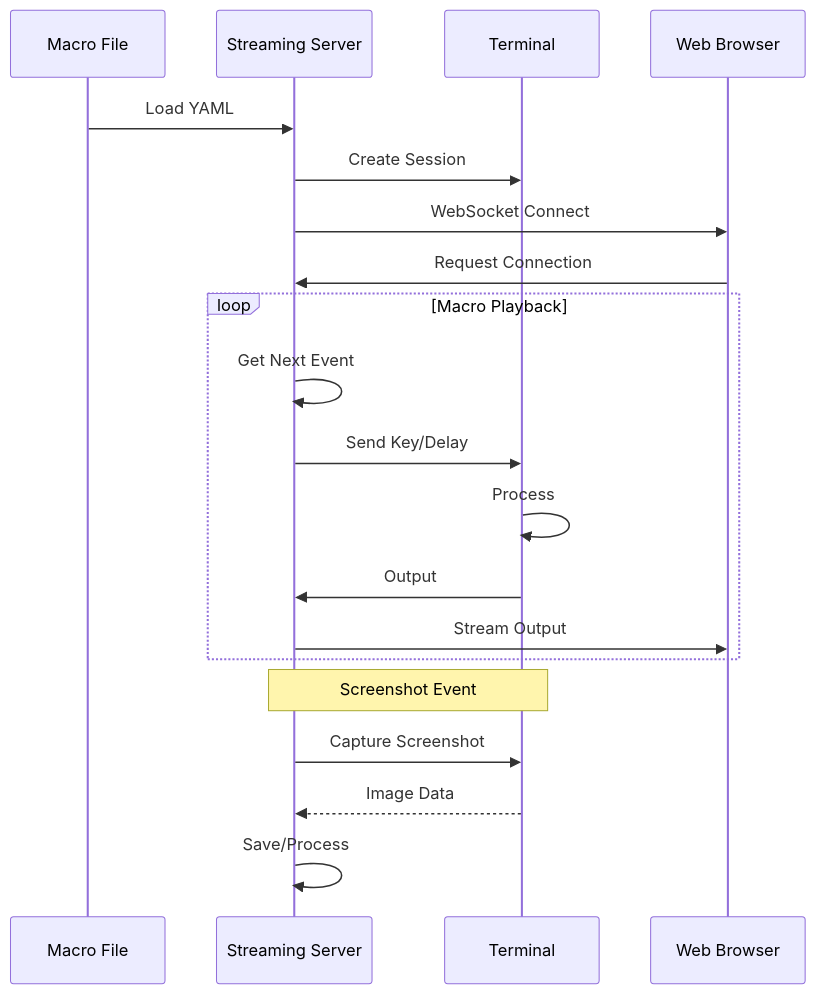
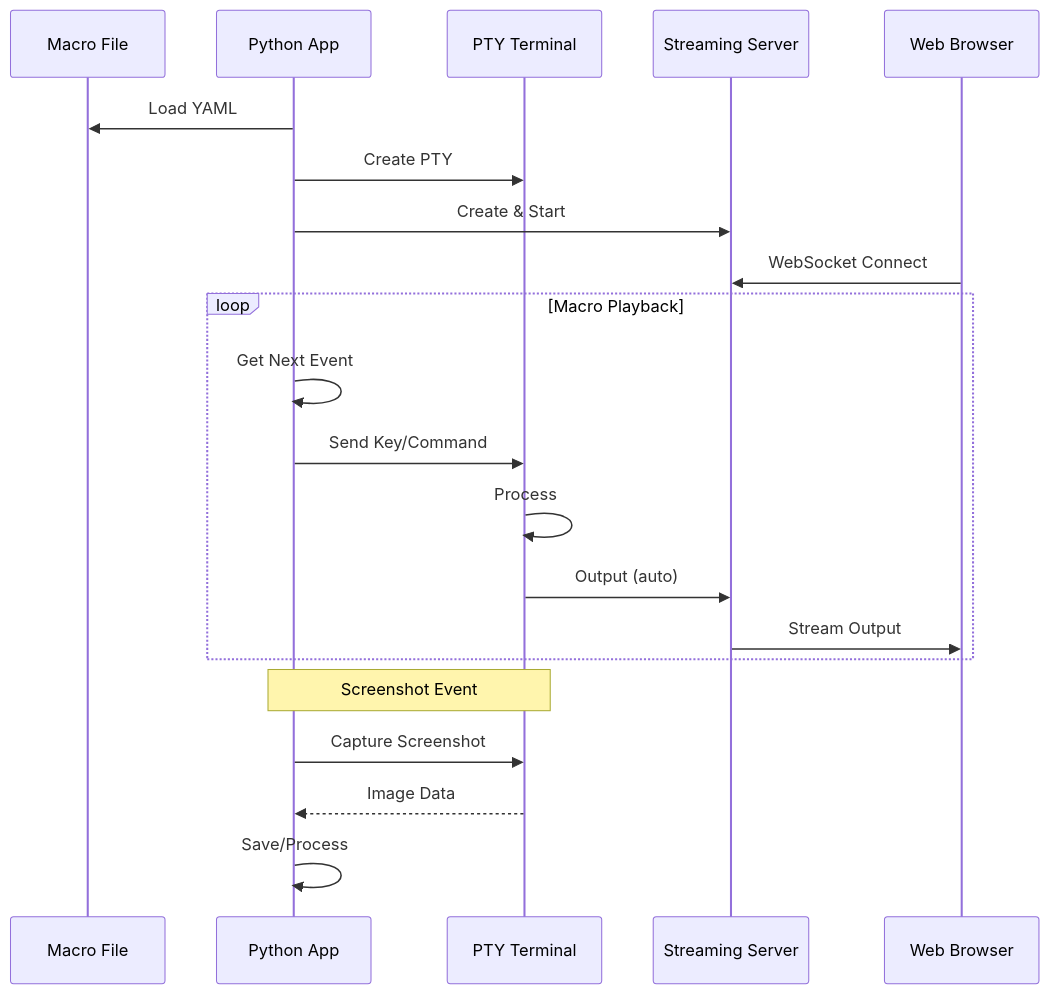
Before and after one commit to paulrobello/par-term-emu-core-rust: the third of 3 diagrams in docs/MACROS.md, drawn with Mermaid. The commit also changed other lines of this file and 75 other files, not shown here.

First line of the commit message:
feat(web): add mobile-responsive web terminal with auto-reconnect

````diff
--- a/docs/MACROS.md
+++ b/docs/MACROS.md
@@ -755,25 +783,26 @@
 ```mermaid
 sequenceDiagram
     participant Macro as Macro File
+    participant App as Python App
+    participant Terminal as PTY Terminal
     participant Server as Streaming Server
-    participant Terminal as Terminal
     participant Client as Web Browser
 
-    Macro->>Server: Load YAML
-    Server->>Terminal: Create Session
-    Server->>Client: WebSocket Connect
-    Client->>Server: Request Connection
+    App->>Macro: Load YAML
+    App->>Terminal: Create PTY
+    App->>Server: Create & Start
+    Client->>Server: WebSocket Connect
 
     loop Macro Playback
-        Server->>Server: Get Next Event
-        Server->>Terminal: Send Key/Delay
+        App->>App: Get Next Event
+        App->>Terminal: Send Key/Command
         Terminal->>Terminal: Process
-        Terminal->>Server: Output
+        Terminal->>Server: Output (auto)
         Server->>Client: Stream Output
     end
 
-    Note over Server,Terminal: Screenshot Event
-    Server->>Terminal: Capture Screenshot
-    Terminal-->>Server: Image Data
-    Server->>Server: Save/Process
+    Note over App,Terminal: Screenshot Event
+    App->>Terminal: Capture Screenshot
+    Terminal-->>App: Image Data
+    App->>App: Save/Process
 ```
````
